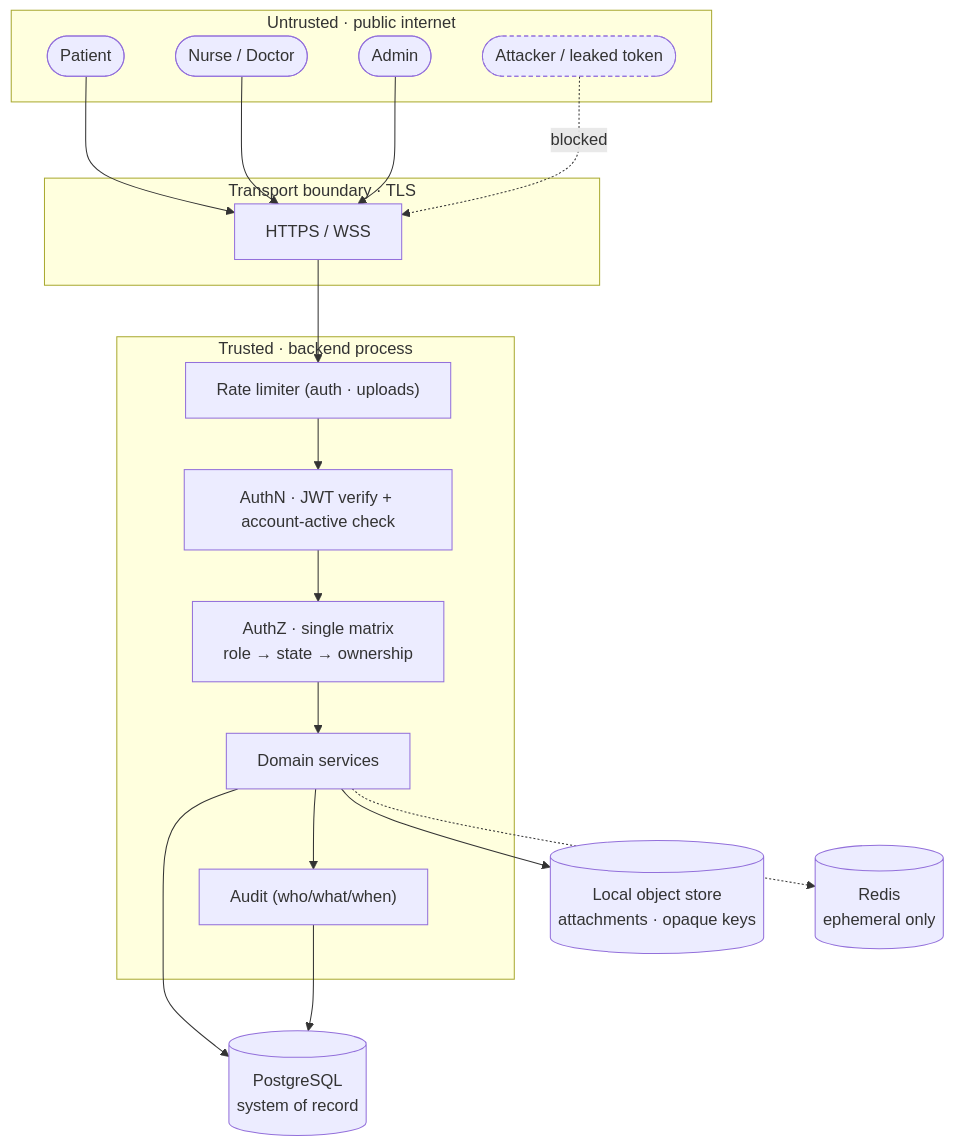
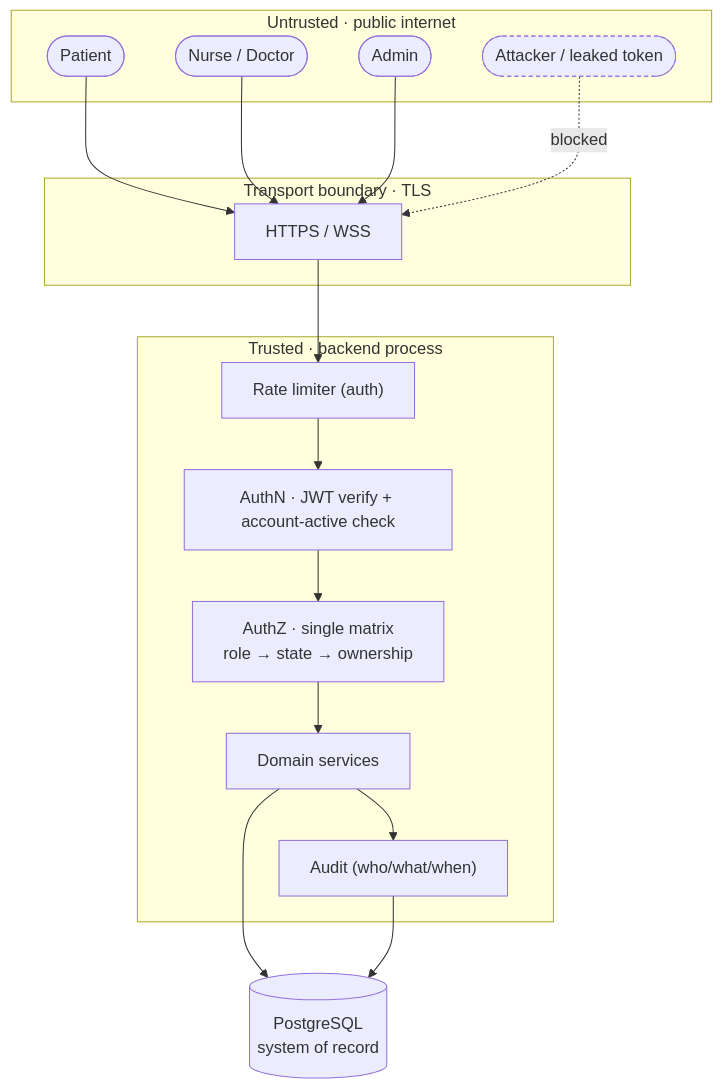
The first of 2 diagrams in docs/security-privacy.md (akritiupreti/virtual-consultation-platform), drawn with Mermaid before and after one commit. The commit also changed other lines of this file and 193 other files, not shown here.

First line of the commit message:
refactor: simplify consultation workflow and fix data-model diagram

````diff
--- a/docs/security-privacy.md
+++ b/docs/security-privacy.md
@@ -18,38 +17,34 @@
 ```mermaid
 flowchart TB
     subgraph untrusted [Untrusted · public internet]
         patient([Patient])
         clinician([Nurse / Doctor])
         admin([Admin])
         attacker([Attacker / leaked token])
     end
 
     subgraph edge [Transport boundary · TLS]
         tls["HTTPS / WSS"]
     end
 
     subgraph app [Trusted · backend process]
         authn["AuthN · JWT verify + account-active check"]
-        rate["Rate limiter (auth · uploads)"]
+        rate["Rate limiter (auth)"]
         authz["AuthZ · single matrix<br/>role → state → ownership"]
         svc["Domain services"]
         audit["Audit (who/what/when)"]
     end
 
     db[(PostgreSQL<br/>system of record)]
-    obj[(Local object store<br/>attachments · opaque keys)]
-    redis[("Redis<br/>ephemeral only")]
 
     patient --> tls
     clinician --> tls
     admin --> tls
     attacker -.->|blocked| tls
     tls --> rate --> authn --> authz --> svc
     svc --> db
-    svc --> obj
     svc --> audit --> db
-    svc -.-> redis
 
     classDef danger stroke-dasharray:4 3;
     class attacker danger
 ```
````
